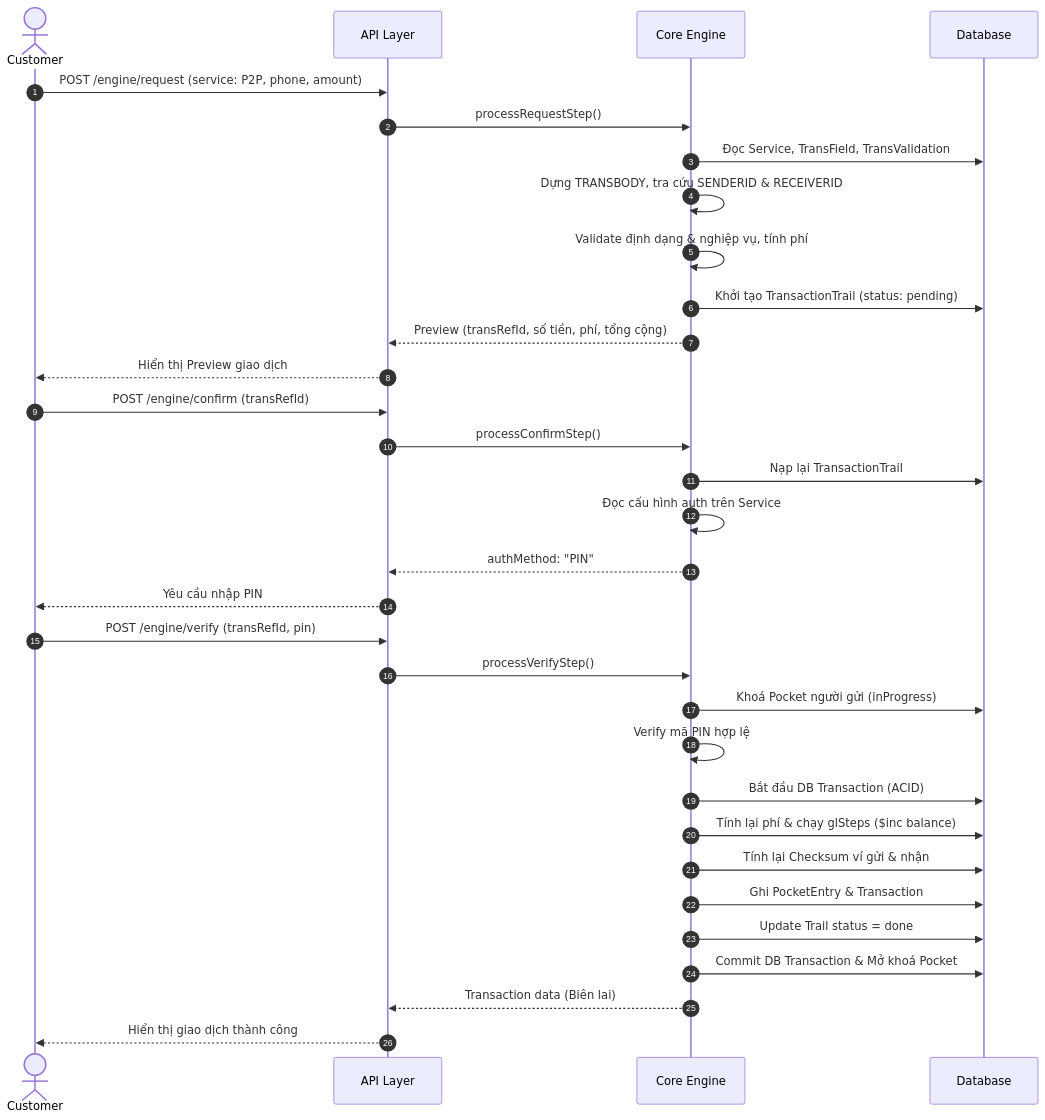
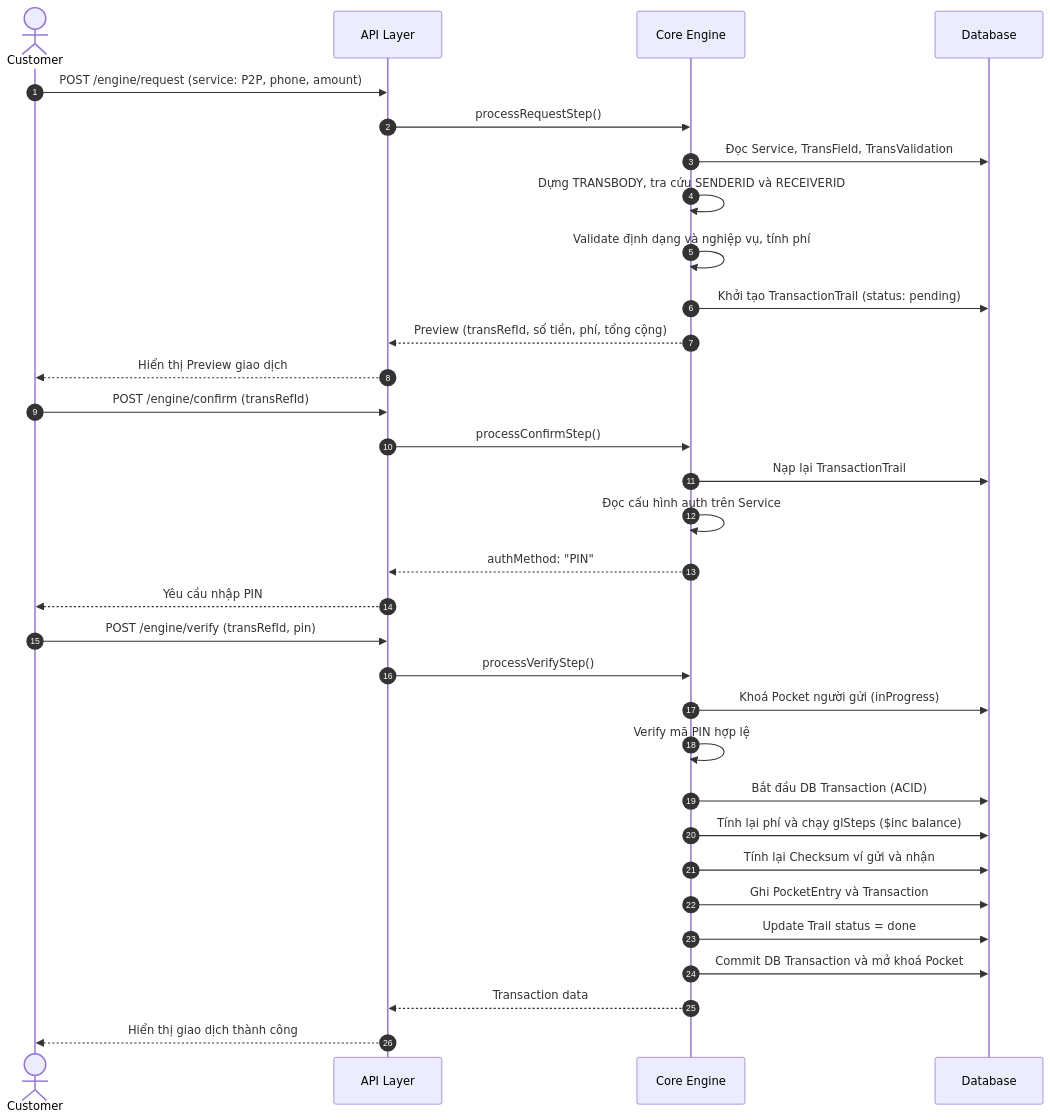
Before and after one commit to DLdevcoder/MINI-WALLET: the first of 3 diagrams in docs/mini-mini-wallet/mini-wallet.md, drawn with Mermaid. The commit also changed other lines of this file and 2 other files, not shown here.

Commit message:
docs: add api document and fix design

````diff
--- a/docs/mini-mini-wallet/mini-wallet.md
+++ b/docs/mini-mini-wallet/mini-wallet.md
@@ -29,40 +29,40 @@
 ```mermaid
 sequenceDiagram
     autonumber
     actor C as Customer
     participant A as API Layer
     participant E as Core Engine
     participant D as Database
 
     %% BƯỚC 1: REQUEST
     C->>A: POST /engine/request (service: P2P, phone, amount)
     A->>E: processRequestStep()
     E->>D: Đọc Service, TransField, TransValidation
-    E->>E: Dựng TRANSBODY, tra cứu SENDERID & RECEIVERID
-    E->>E: Validate định dạng & nghiệp vụ, tính phí
+    E->>E: Dựng TRANSBODY, tra cứu SENDERID và RECEIVERID
+    E->>E: Validate định dạng và nghiệp vụ, tính phí
     E->>D: Khởi tạo TransactionTrail (status: pending)
     E-->>A: Preview (transRefId, số tiền, phí, tổng cộng)
     A-->>C: Hiển thị Preview giao dịch
 
     %% BƯỚC 2: CONFIRM
     C->>A: POST /engine/confirm (transRefId)
     A->>E: processConfirmStep()
     E->>D: Nạp lại TransactionTrail
     E->>E: Đọc cấu hình auth trên Service
     E-->>A: authMethod: "PIN"
     A-->>C: Yêu cầu nhập PIN
 
     %% BƯỚC 3: VERIFY
     C->>A: POST /engine/verify (transRefId, pin)
     A->>E: processVerifyStep()
     E->>D: Khoá Pocket người gửi (inProgress)
     E->>E: Verify mã PIN hợp lệ
     E->>D: Bắt đầu DB Transaction (ACID)
-    E->>D: Tính lại phí & chạy glSteps ($inc balance)
-    E->>D: Tính lại Checksum ví gửi & nhận
-    E->>D: Ghi PocketEntry & Transaction
+    E->>D: Tính lại phí và chạy glSteps ($inc balance)
+    E->>D: Tính lại Checksum ví gửi và nhận
+    E->>D: Ghi PocketEntry và Transaction
     E->>D: Update Trail status = done
-    E->>D: Commit DB Transaction & Mở khoá Pocket
-    E-->>A: Transaction data (Biên lai)
+    E->>D: Commit DB Transaction và mở khoá Pocket
+    E-->>A: Transaction data
     A-->>C: Hiển thị giao dịch thành công
 ```
````
